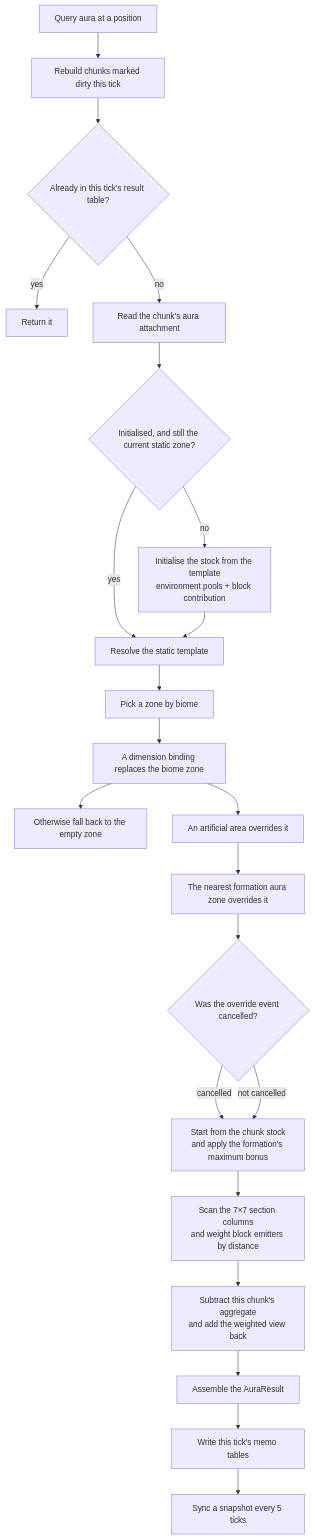
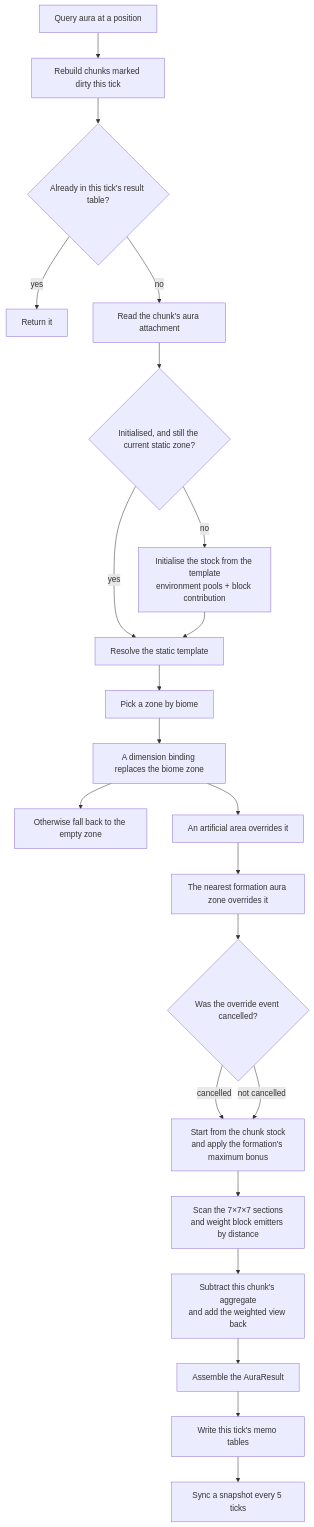
Before and after one commit to IAFEnvoy/mxt-docs: the first of 3 diagrams in docs/en/technical/aura.md, drawn with Mermaid. The commit also changed other lines of this file and 53 other files, not shown here.

````diff
--- a/docs/en/technical/aura.md
+++ b/docs/en/technical/aura.md
@@ -35,24 +35,24 @@
 ```mermaid
 flowchart TD
     Q["Query aura at a position"] --> FLUSH["Rebuild chunks marked dirty this tick"]
     FLUSH --> MEMO{"Already in this tick's result table?"}
     MEMO -->|yes| DONE["Return it"]
     MEMO -->|no| CHUNK["Read the chunk's aura attachment"]
     CHUNK --> NEED{"Initialised, and still the current static zone?"}
     NEED -->|no| INIT["Initialise the stock from the template<br/>environment pools + block contribution"]
     NEED -->|yes| ZONE
     INIT --> ZONE["Resolve the static template"]
     ZONE --> BIOME["Pick a zone by biome"]
     BIOME --> DIM["A dimension binding replaces the biome zone"]
     DIM --> FALLBACK["Otherwise fall back to the empty zone"]
     DIM --> CUSTOM["An artificial area overrides it"]
     CUSTOM --> FORM["The nearest formation aura zone overrides it"]
     FORM --> EVENT{"Was the override event cancelled?"}
     EVENT -->|cancelled| POOLS
     EVENT -->|not cancelled| POOLS["Start from the chunk stock<br/>and apply the formation's maximum bonus"]
-    POOLS --> BLOCK["Scan the 7×7 section columns<br/>and weight block emitters by distance"]
+    POOLS --> BLOCK["Scan the 7×7×7 sections<br/>and weight block emitters by distance"]
     BLOCK --> MERGE["Subtract this chunk's aggregate<br/>and add the weighted view back"]
     MERGE --> RESULT["Assemble the AuraResult"]
     RESULT --> CACHE["Write this tick's memo tables"]
     CACHE --> SYNC["Sync a snapshot every 5 ticks"]
 ```
````
